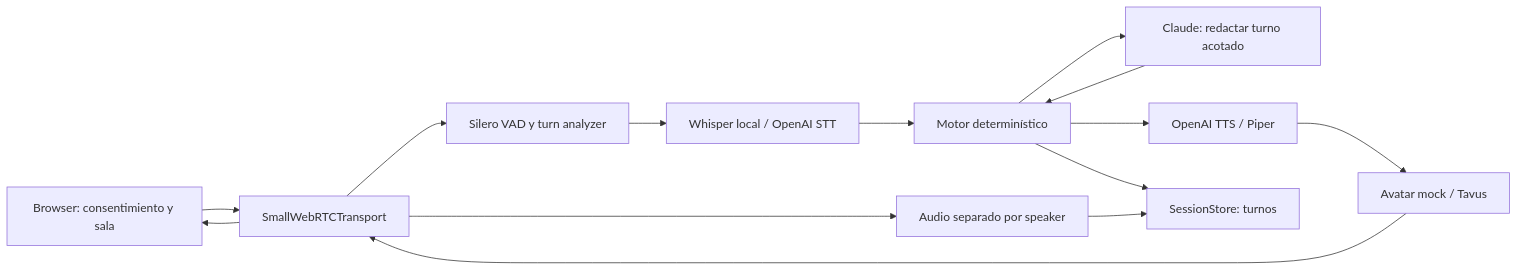
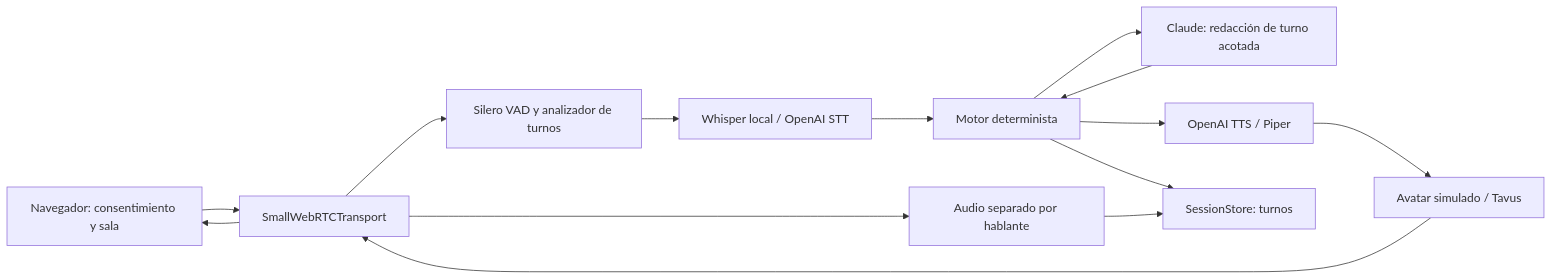
Before and after one commit to sebastianbasadre/ai-interviewer: the first of 2 diagrams in docs/ARCHITECTURE.md, drawn with Mermaid. The commit also changed other lines of this file and 56 other files, not shown here.

````diff
--- a/docs/ARCHITECTURE.md
+++ b/docs/ARCHITECTURE.md
@@ -21,16 +25,16 @@
 ```mermaid
 flowchart LR
-    B[Browser: consentimiento y sala] --> W[SmallWebRTCTransport]
-    W --> V[Silero VAD y turn analyzer]
+    B[Navegador: consentimiento y sala] --> W[SmallWebRTCTransport]
+    W --> V[Silero VAD y analizador de turnos]
     V --> S[Whisper local / OpenAI STT]
-    S --> E[Motor determinístico]
-    E --> L[Claude: redactar turno acotado]
+    S --> E[Motor determinista]
+    E --> L[Claude: redacción de turno acotada]
     L --> E
     E --> T[OpenAI TTS / Piper]
-    T --> A[Avatar mock / Tavus]
+    T --> A[Avatar simulado / Tavus]
     A --> W
     W --> B
     E --> R[SessionStore: turnos]
-    W --> C[Audio separado por speaker]
+    W --> C[Audio separado por hablante]
     C --> R
 ```
````
